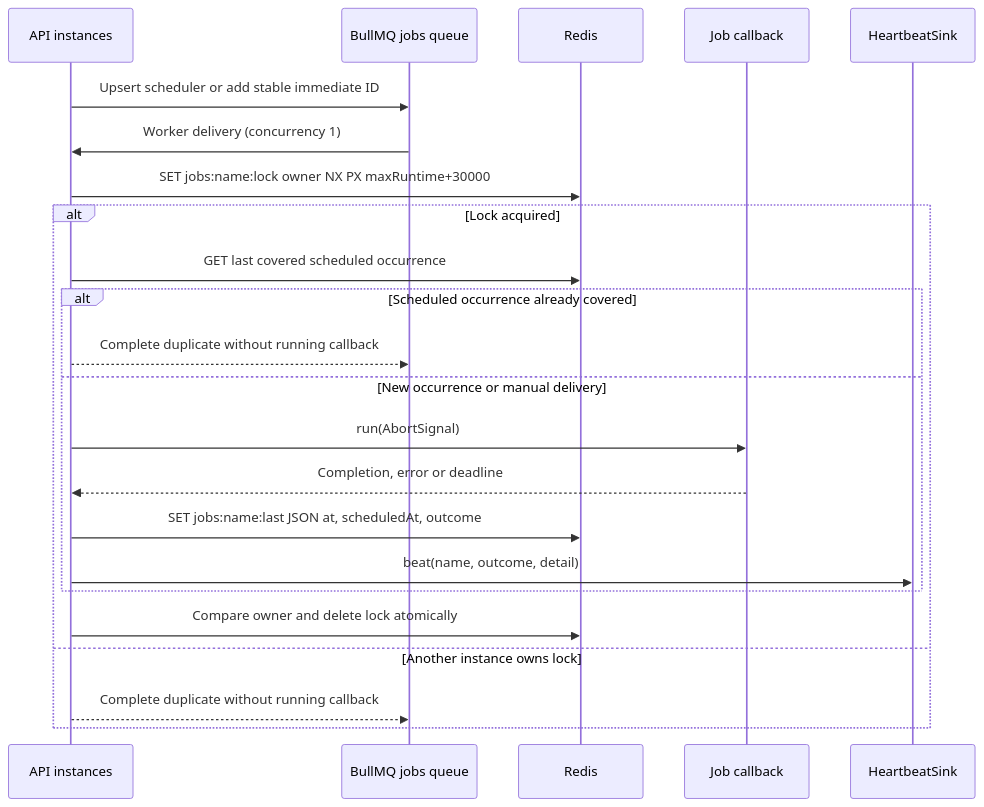
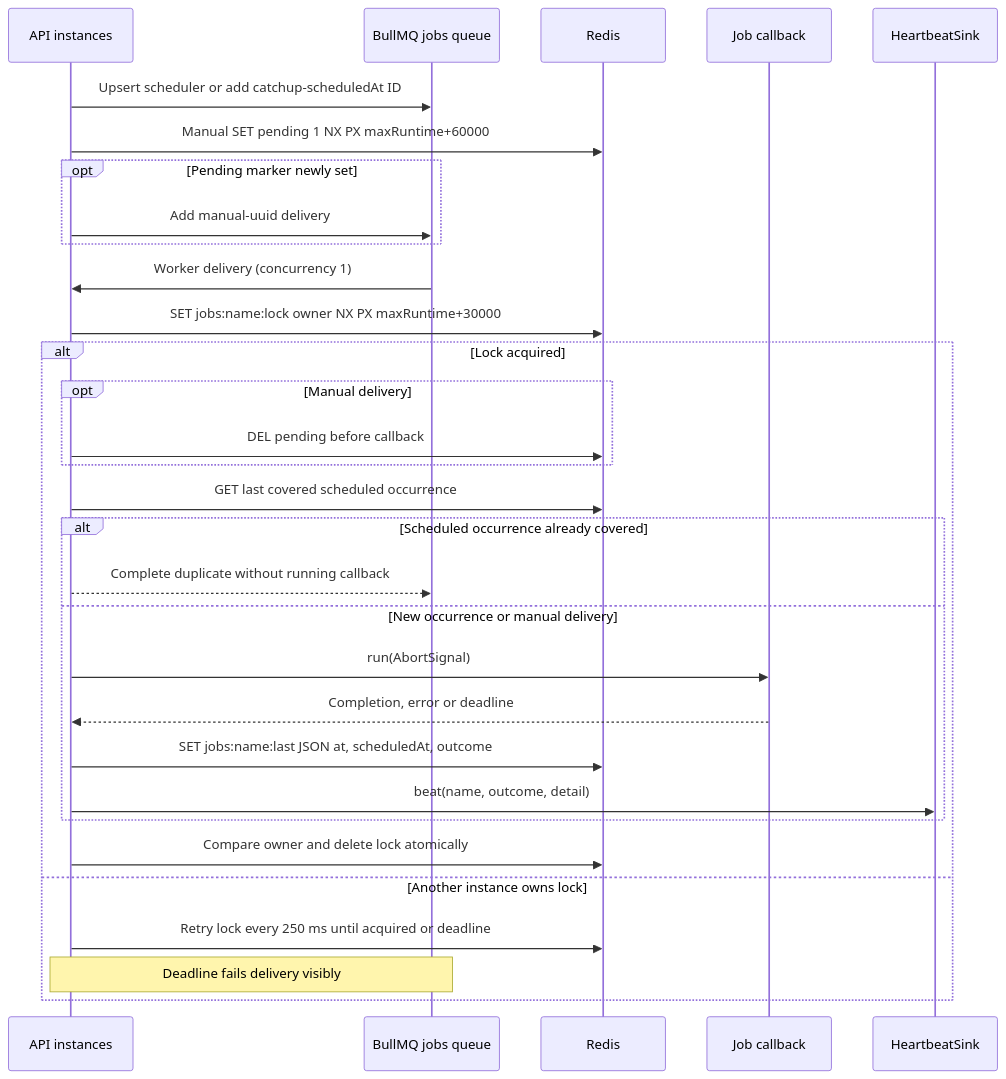
Before and after one commit to devrunch/ai-trader-2: the second of 17 diagrams in architecture/features/foundation/README.md, drawn with Mermaid. The commit also changed other lines of this file and 5 other files, not shown here.

Commit message:
fix(jobs): runNow never drops a trigger — unique job ids, pending marker, lock wait

````diff
--- a/architecture/features/foundation/README.md
+++ b/architecture/features/foundation/README.md
@@ -39,25 +51,33 @@
 ```mermaid
 sequenceDiagram
   participant API as API instances
   participant Queue as BullMQ jobs queue
   participant Redis
   participant Run as Job callback
   participant Sink as HeartbeatSink
-  API->>Queue: Upsert scheduler or add stable immediate ID
+  API->>Queue: Upsert scheduler or add catchup-scheduledAt ID
+  API->>Redis: Manual SET pending 1 NX PX maxRuntime+60000
+  opt Pending marker newly set
+    API->>Queue: Add manual-uuid delivery
+  end
   Queue->>API: Worker delivery (concurrency 1)
   API->>Redis: SET jobs:name:lock owner NX PX maxRuntime+30000
   alt Lock acquired
+    opt Manual delivery
+      API->>Redis: DEL pending before callback
+    end
     API->>Redis: GET last covered scheduled occurrence
     alt Scheduled occurrence already covered
       API-->>Queue: Complete duplicate without running callback
     else New occurrence or manual delivery
       API->>Run: run(AbortSignal)
       Run-->>API: Completion, error or deadline
       API->>Redis: SET jobs:name:last JSON at, scheduledAt, outcome
       API->>Sink: beat(name, outcome, detail)
     end
     API->>Redis: Compare owner and delete lock atomically
   else Another instance owns lock
-    API-->>Queue: Complete duplicate without running callback
+    API->>Redis: Retry lock every 250 ms until acquired or deadline
+    Note over API,Queue: Deadline fails delivery visibly
   end
 ```
````
